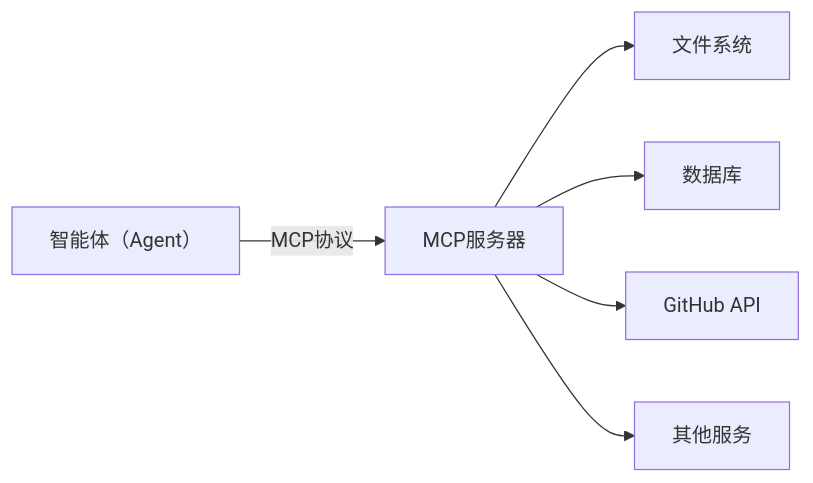
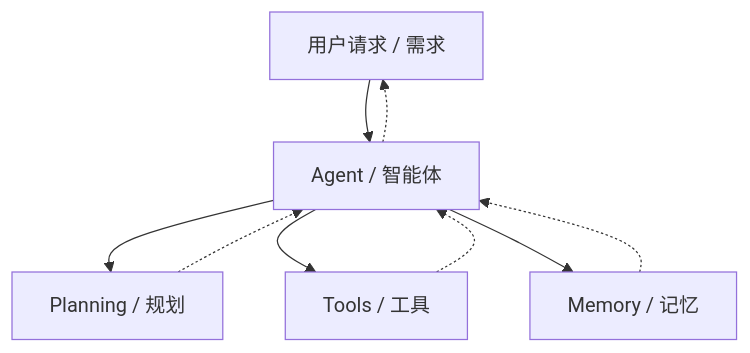
One commit to Libao-Jun/learn-ai-agent changed the first of 3 diagrams in src/content/blog/ai-agent.md. Above: the diagram before and after it, drawn with Mermaid. The commit also changed other lines of this file, not shown here.

Commit message:
refactor(ai-agent): AI Agent（智能体）

````diff
--- a/src/content/blog/ai-agent.md
+++ b/src/content/blog/ai-agent.md
@@ -75,15 +12,13 @@
 ```mermaid
-  graph LR
-    A[智能体（Agent）]
-    B[MCP服务器]
-    C[文件系统]
-    D[数据库]
-    E[GitHub API]
-    F[其他服务]
+  graph TB
+    A[用户请求 / 需求]
+    B[Agent / 智能体]
+    C[Planning / 规划]
+    D[Tools / 工具]
+    E[Memory / 记忆]
 
-    A --> |MCP协议|B 
-    B --> C
-    B --> D 
-    B --> E 
-    B --> F
+    A --> B -.-> A
+    B --> C -.-> B
+    B --> D -.-> B
+    B --> E -.-> B
 ```
````
